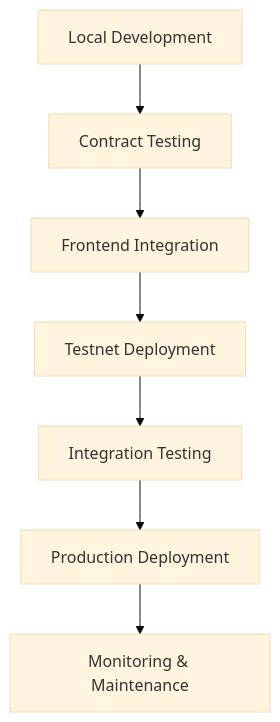
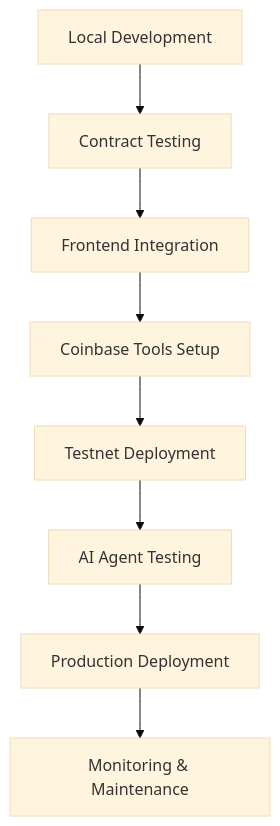
One commit to Emertechs-Labs/e-chain changed the diagram in docs/README.md. Above: the diagram before and after it, drawn with Mermaid (base theme). The commit also changed other lines of this file and 2 other files, not shown here.

````diff
--- a/docs/README.md
+++ b/docs/README.md
@@ -289,9 +413,10 @@
 ```mermaid
 graph TD
     A[Local Development] --> B[Contract Testing]
     B --> C[Frontend Integration]
-    C --> D[Testnet Deployment]
-    D --> E[Integration Testing]
-    E --> F[Production Deployment]
-    F --> G[Monitoring & Maintenance]
+    C --> D[Coinbase Tools Setup]
+    D --> E[Testnet Deployment]
+    E --> F[AI Agent Testing]
+    F --> G[Production Deployment]
+    G --> H[Monitoring & Maintenance]
 ```
````
